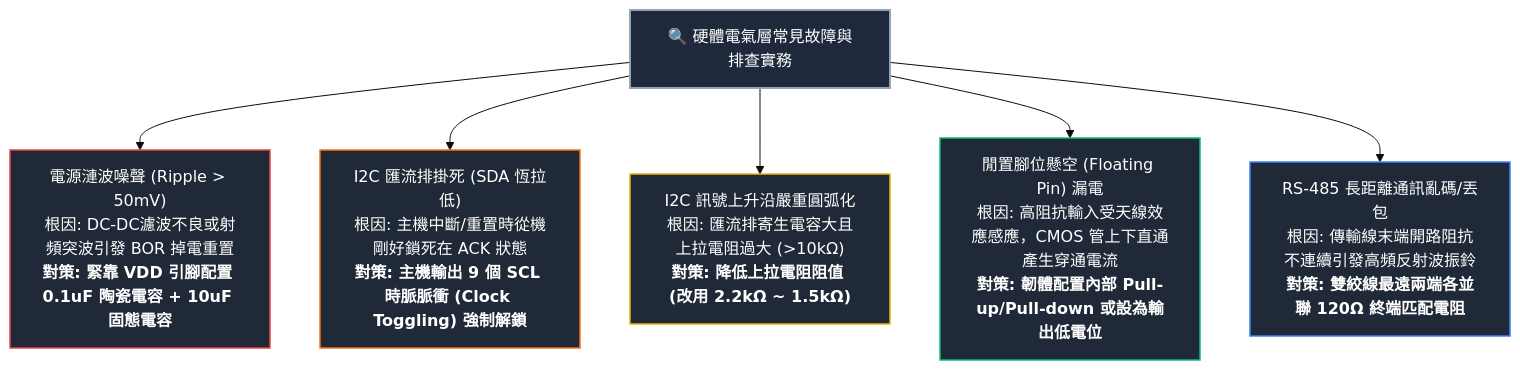
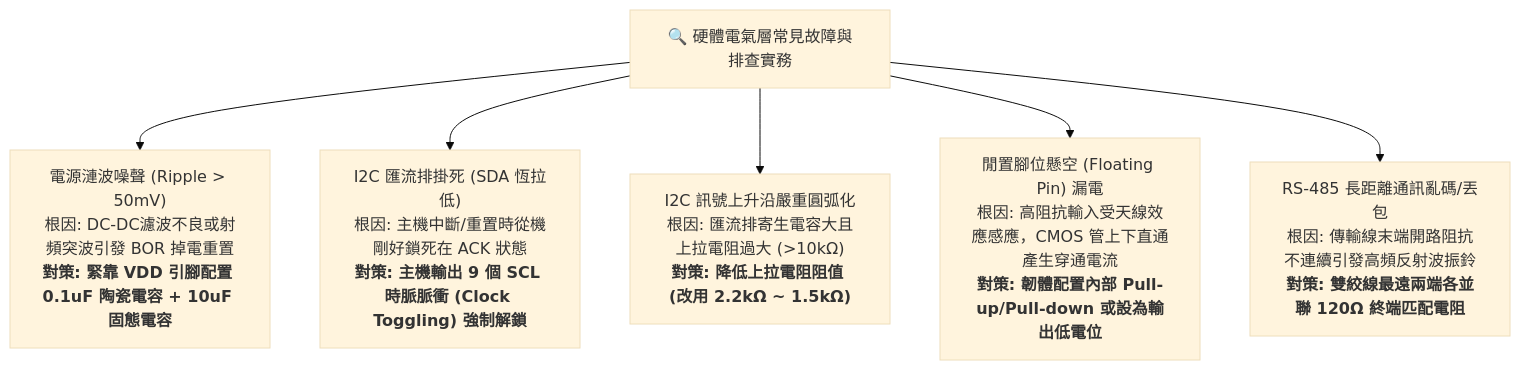
The second of 4 diagrams in exam/notes/aiot/s2_物聯網系統與應用/L121_軟硬體整合規劃.md (ta-lang/iPAS_Test), drawn with Mermaid (base theme) before and after one commit. The commit also changed other lines of this file and 16 other files, not shown here.

Commit message:
fix(mermaid): remove hardcoded styles, add high-contrast theme CSS, and forbid color styling in SOP

````diff
--- a/exam/notes/aiot/s2_物聯網系統與應用/L121_軟硬體整合規劃.md
+++ b/exam/notes/aiot/s2_物聯網系統與應用/L121_軟硬體整合規劃.md
@@ -74,17 +71,11 @@
 ```mermaid
 flowchart TD
     ROOT["🔍 硬體電氣層常見故障與排查實務"]
     
     ROOT --> F1["電源漣波噪聲 (Ripple > 50mV)<br>根因: DC-DC濾波不良或射頻突波引發 BOR 掉電重置<br><b>對策: 緊靠 VDD 引腳配置 0.1uF 陶瓷電容 + 10uF 固態電容</b>"]
     ROOT --> F2["I2C 匯流排掛死 (SDA 恆拉低)<br>根因: 主機中斷/重置時從機剛好鎖死在 ACK 狀態<br><b>對策: 主機輸出 9 個 SCL 時脈脈衝 (Clock Toggling) 強制解鎖</b>"]
     ROOT --> F3["I2C 訊號上升沿嚴重圓弧化<br>根因: 匯流排寄生電容大且上拉電阻過大 (>10kΩ)<br><b>對策: 降低上拉電阻阻值 (改用 2.2kΩ ~ 1.5kΩ)</b>"]
     ROOT --> F4["閒置腳位懸空 (Floating Pin) 漏電<br>根因: 高阻抗輸入受天線效應感應，CMOS 管上下直通產生穿通電流<br><b>對策: 韌體配置內部 Pull-up/Pull-down 或設為輸出低電位</b>"]
     ROOT --> F5["RS-485 長距離通訊亂碼/丟包<br>根因: 傳輸線末端開路阻抗不連續引發高頻反射波振鈴<br><b>對策: 雙絞線最遠兩端各並聯 120Ω 終端匹配電阻</b>"]
 
-    style ROOT fill:#1e293b,stroke:#94a3b8,stroke-width:2px,color:#fff
-    style F1 fill:#1f2937,stroke:#ef4444,stroke-width:1.5px,color:#fff
-    style F2 fill:#1f2937,stroke:#f97316,stroke-width:1.5px,color:#fff
-    style F3 fill:#1f2937,stroke:#eab308,stroke-width:1.5px,color:#fff
-    style F4 fill:#1f2937,stroke:#10b981,stroke-width:1.5px,color:#fff
-    style F5 fill:#1f2937,stroke:#3b82f6,stroke-width:1.5px,color:#fff
 ```
````
